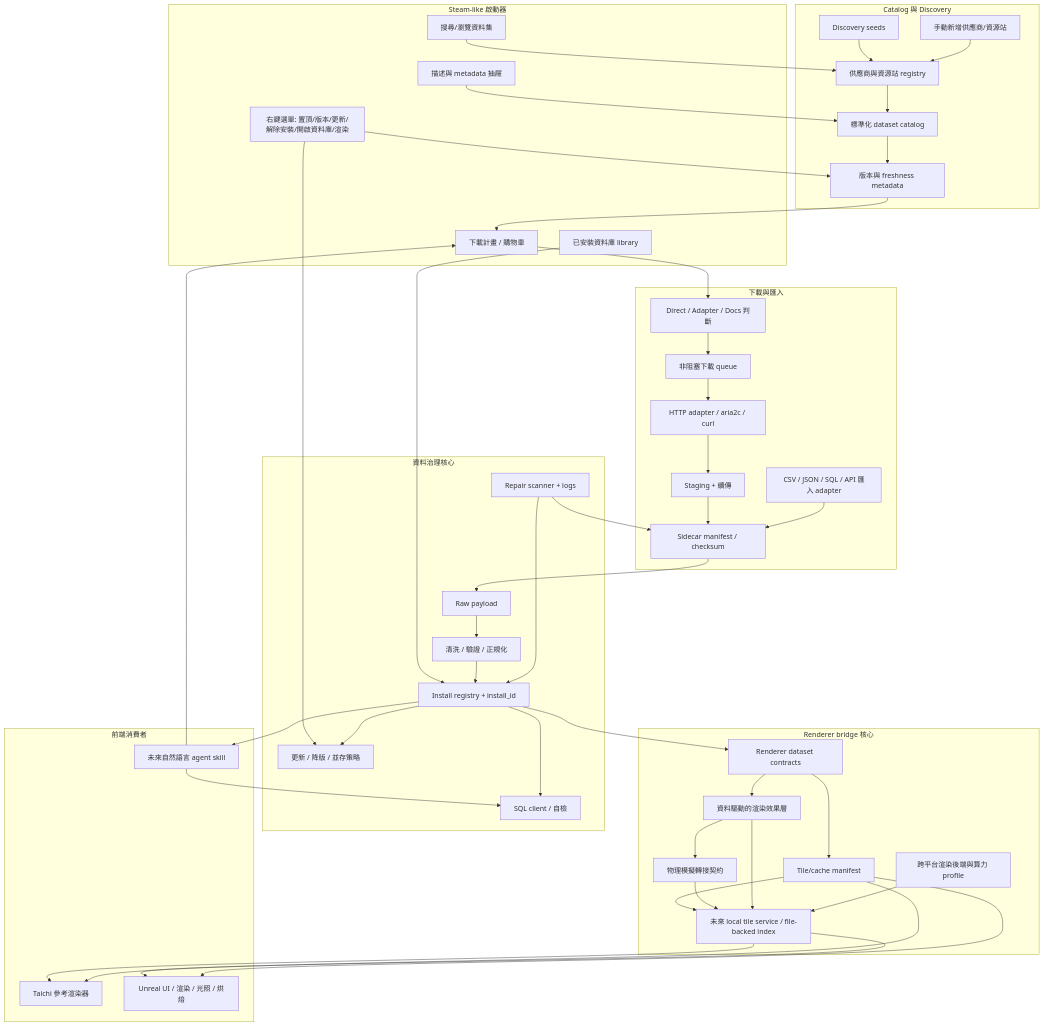
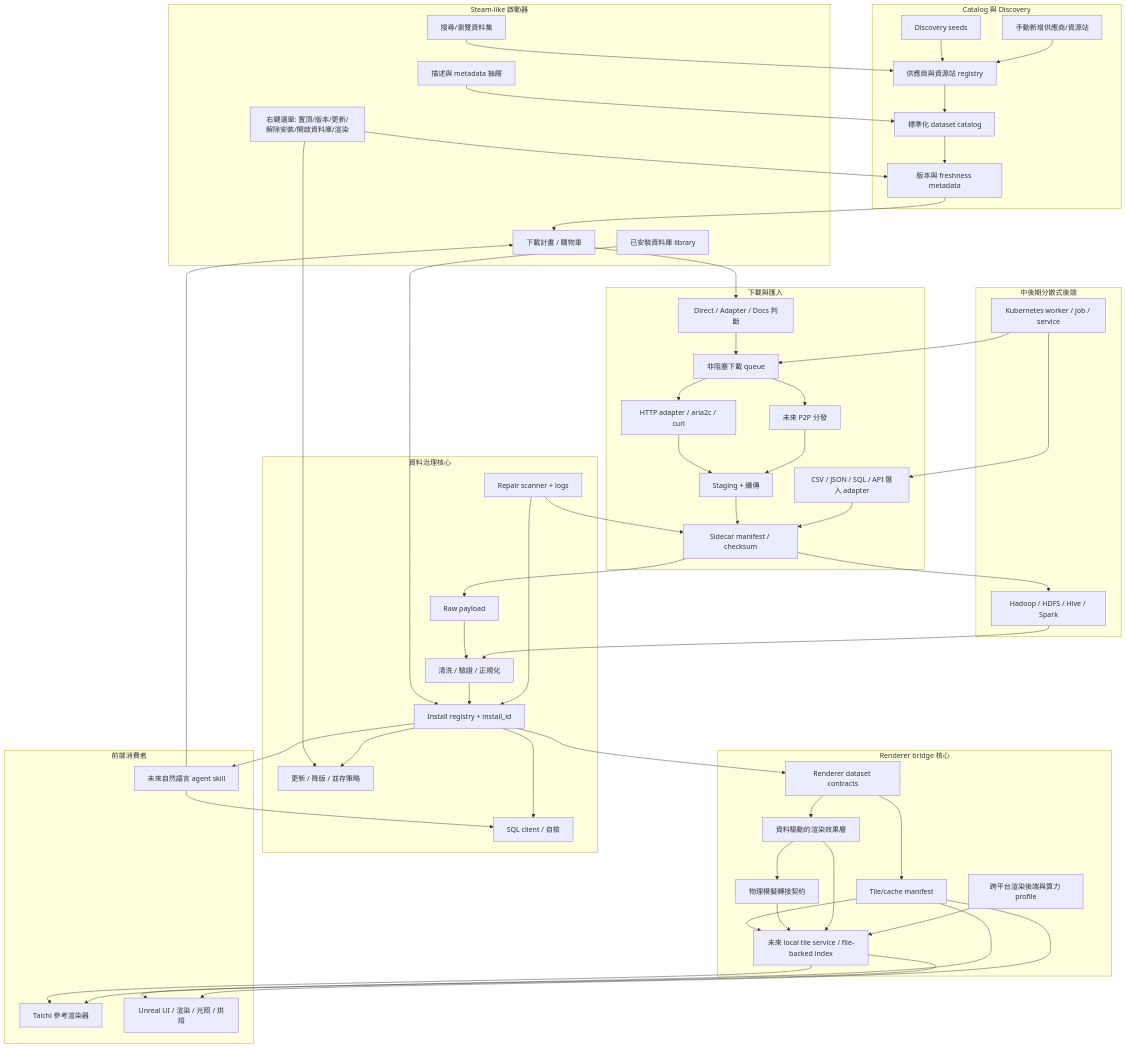
Before and after one commit to YanAnnLu/APIkeys_collection: the third of 3 diagrams in docs/TECHNICAL_OVERVIEW.zh-TW.md, drawn with Mermaid. The commit also changed other lines of this file and 12 other files, not shown here.

Commit message:
Reserve Hadoop and Kubernetes pipeline ports

```diff
--- a/docs/TECHNICAL_OVERVIEW.zh-TW.md
+++ b/docs/TECHNICAL_OVERVIEW.zh-TW.md
@@ -51,9 +109,15 @@
         Eligibility[Direct / Adapter / Docs 判斷]
         Queue[非阻塞下載 queue]
         Transfer[HTTP adapter / aria2c / curl]
+        P2P[未來 P2P 分發]
         Staging[Staging + 續傳]
         Manifest[Sidecar manifest / checksum]
         Import[CSV / JSON / SQL / API 匯入 adapter]
+    end
+
+    subgraph Distributed[中後期分散式後端]
+        Hadoop[Hadoop / HDFS / Hive / Spark]
+        K8S[Kubernetes worker / job / service]
     end
 
     subgraph Governance[資料治理核心]
@@ -95,12 +159,18 @@
 
     Eligibility --> Queue
     Queue --> Transfer
+    Queue --> P2P
     Transfer --> Staging
+    P2P --> Staging
     Staging --> Manifest
     Import --> Manifest
     Manifest --> Raw
+    Manifest --> Hadoop
+    K8S --> Queue
+    K8S --> Import
 
     Raw --> Clean
+    Hadoop --> Clean
     Clean --> Install
     Install --> SQL
     Install --> Update
```
